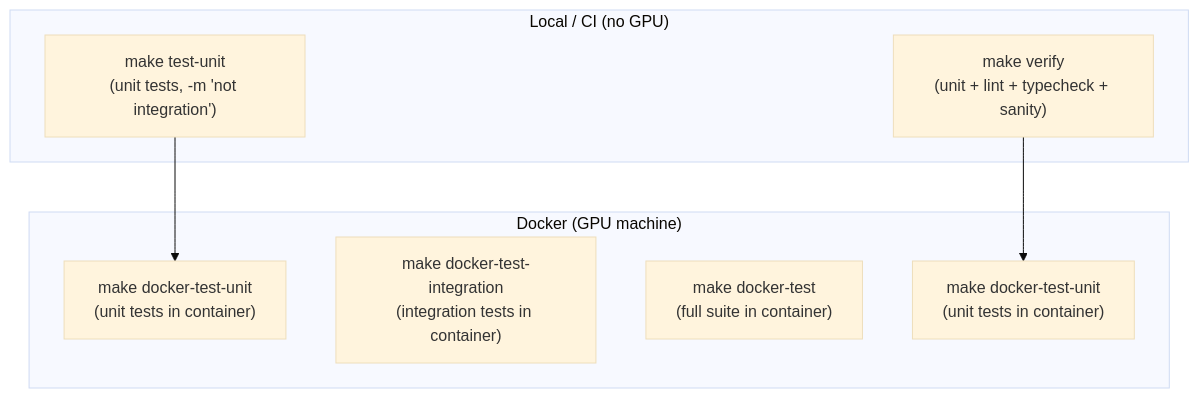
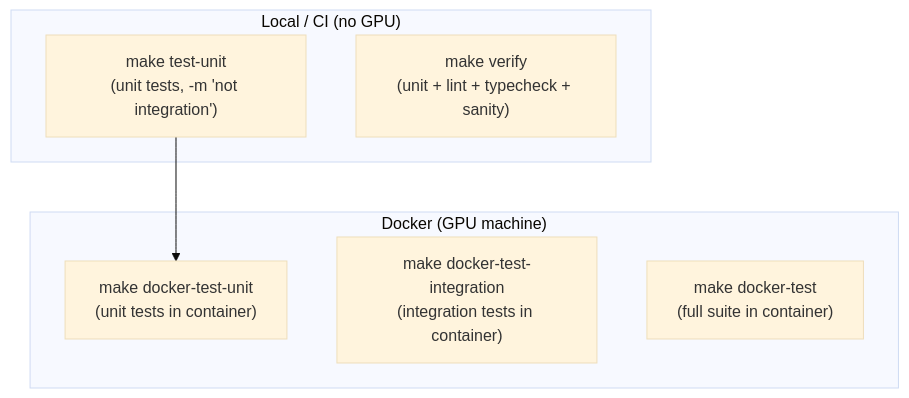
One commit to Expo39/Uncertainty-Conditioned-RL-with-Evidential-Policy-Networks-for-Autonomous-Systems changed the diagram in tests/README.md. Above: the diagram before and after it, drawn with Mermaid (base theme). The commit also changed other lines of this file and 29 other files, not shown here.

````diff
--- a/tests/README.md
+++ b/tests/README.md
@@ -13,17 +13,15 @@
 ```mermaid
 flowchart TB
     subgraph local["Local / CI (no GPU)"]
         UNIT["make test-unit\n(unit tests, -m 'not integration')"]
         VERIFY["make verify\n(unit + lint + typecheck + sanity)"]
     end
 
     subgraph docker["Docker (GPU machine)"]
         DU["make docker-test-unit\n(unit tests in container)"]
         DI["make docker-test-integration\n(integration tests in container)"]
         DF["make docker-test\n(full suite in container)"]
-        DV["make docker-test-unit\n(unit tests in container)"]
     end
 
     UNIT --> DU
-    VERIFY --> DV
 ```
````
